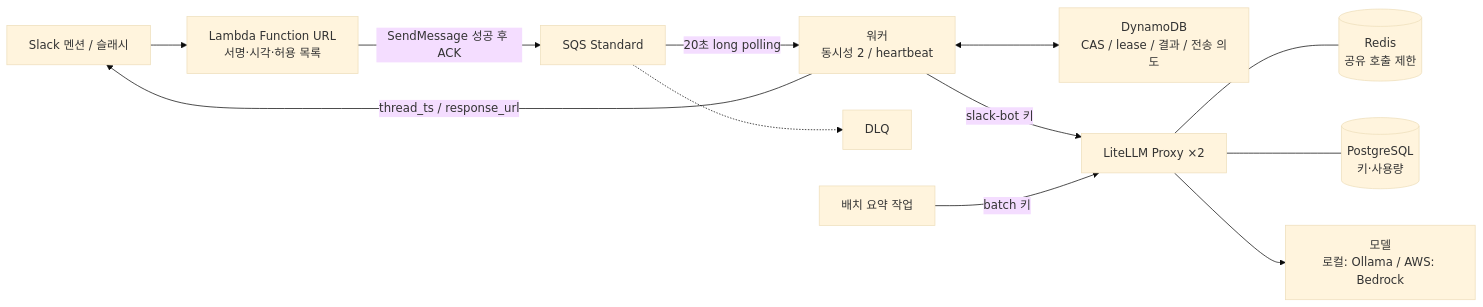
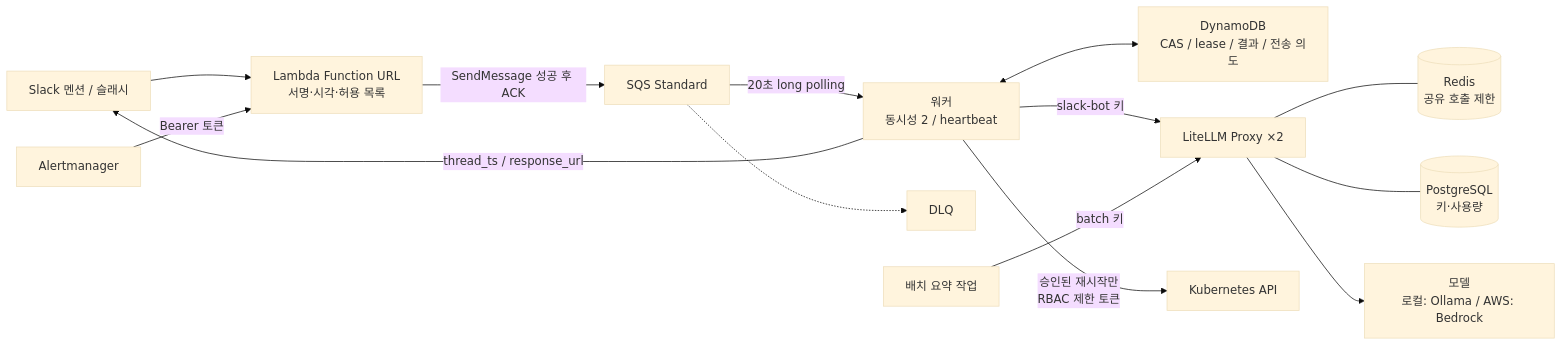
One commit to UtterAI-aws13/UtterAI_Infra changed the diagram in components/slack-llm-worker/README.md. Above: the diagram before and after it, drawn with Mermaid (base theme). The commit also changed other lines of this file and 3 other files, not shown here.

````diff
--- a/components/slack-llm-worker/README.md
+++ b/components/slack-llm-worker/README.md
@@ -9,14 +9,16 @@
 ```mermaid
 flowchart LR
     S[Slack 멘션 / 슬래시] --> L[Lambda Function URL<br/>서명·시각·허용 목록]
     L -->|SendMessage 성공 후 ACK| Q[SQS Standard]
     Q -->|20초 long polling| W[워커<br/>동시성 2 / heartbeat]
     Q -.-> D[DLQ]
     W <--> T[DynamoDB<br/>CAS / lease / 결과 / 전송 의도]
     W -->|slack-bot 키| G[LiteLLM Proxy ×2]
     BJ[배치 요약 작업] -->|batch 키| G
     G --- R[(Redis<br/>공유 호출 제한)]
     G --- P[(PostgreSQL<br/>키·사용량)]
     G --> M[모델<br/>로컬: Ollama / AWS: Bedrock]
     W -->|thread_ts / response_url| S
+    AM[Alertmanager] -->|Bearer 토큰| L
+    W -->|승인된 재시작만<br/>RBAC 제한 토큰| K[Kubernetes API]
 ```
````
